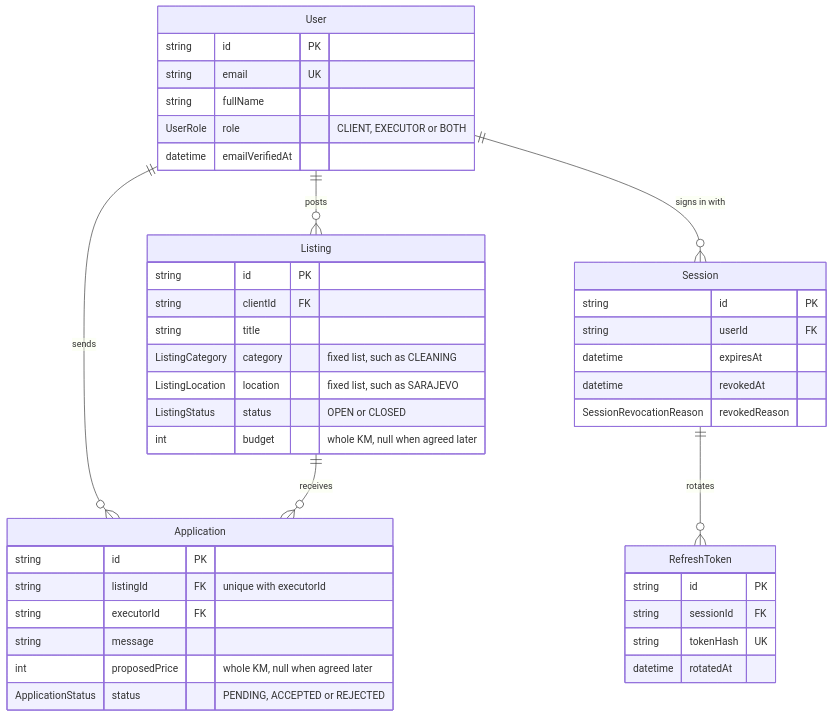
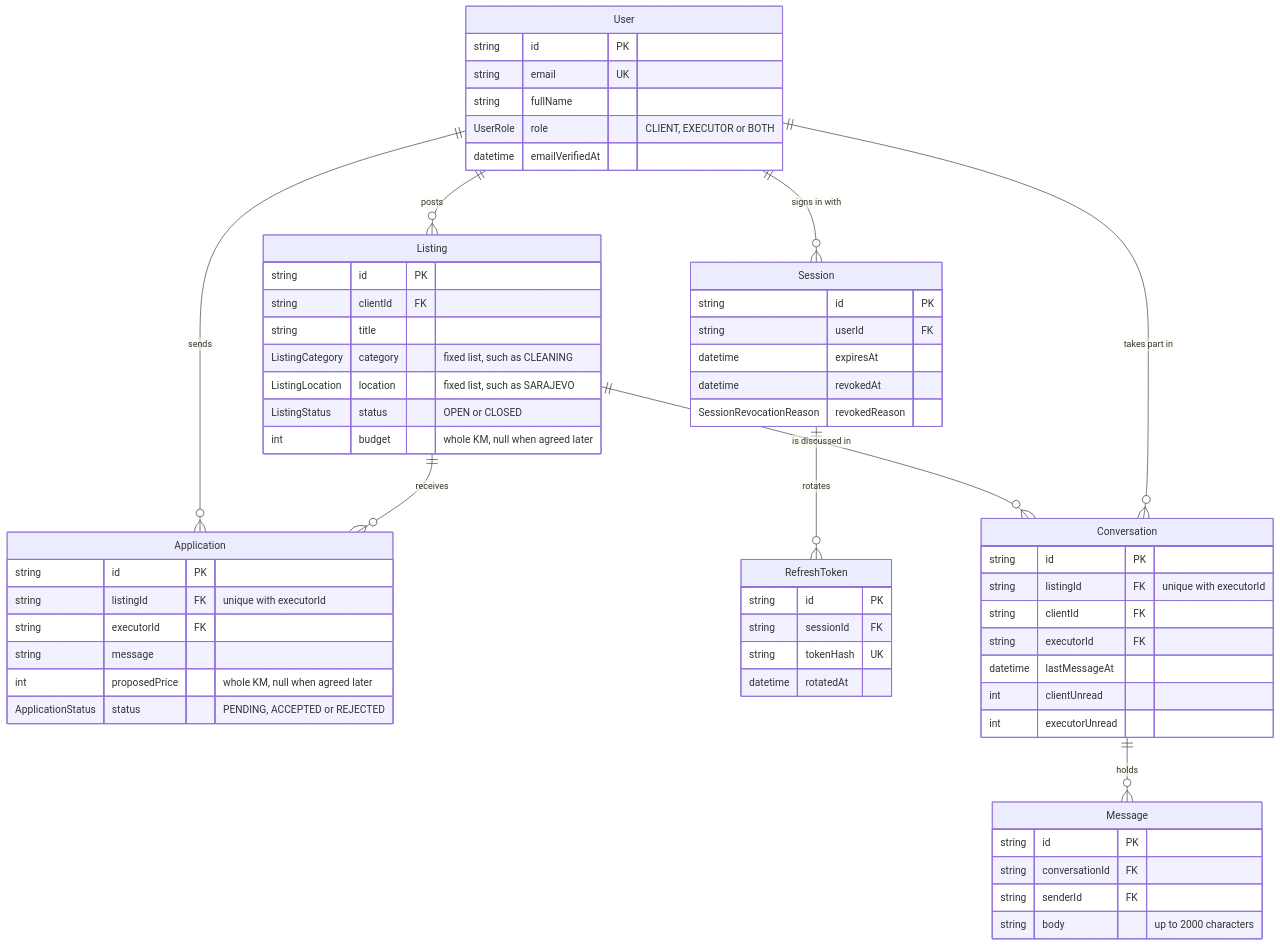
Before and after one commit to Muhamed2805/SaStrane: the third of 3 diagrams in README.md, drawn with Mermaid. The commit also changed other lines of this file and 34 other files, not shown here.

````diff
--- a/README.md
+++ b/README.md
@@ -187,46 +195,64 @@
 ```mermaid
 erDiagram
   User ||--o{ Listing : posts
   User ||--o{ Application : sends
   Listing ||--o{ Application : receives
   User ||--o{ Session : "signs in with"
   Session ||--o{ RefreshToken : rotates
+  Listing ||--o{ Conversation : "is discussed in"
+  User ||--o{ Conversation : "takes part in"
+  Conversation ||--o{ Message : holds
 
   User {
     string id PK
     string email UK
     string fullName
     UserRole role "CLIENT, EXECUTOR or BOTH"
     datetime emailVerifiedAt
   }
   Listing {
     string id PK
     string clientId FK
     string title
     ListingCategory category "fixed list, such as CLEANING"
     ListingLocation location "fixed list, such as SARAJEVO"
     ListingStatus status "OPEN or CLOSED"
     int budget "whole KM, null when agreed later"
   }
   Application {
     string id PK
     string listingId FK "unique with executorId"
     string executorId FK
     string message
     int proposedPrice "whole KM, null when agreed later"
     ApplicationStatus status "PENDING, ACCEPTED or REJECTED"
   }
   Session {
     string id PK
     string userId FK
     datetime expiresAt
     datetime revokedAt
     SessionRevocationReason revokedReason
   }
   RefreshToken {
     string id PK
     string sessionId FK
     string tokenHash UK
     datetime rotatedAt
   }
+  Conversation {
+    string id PK
+    string listingId FK "unique with executorId"
+    string clientId FK
+    string executorId FK
+    datetime lastMessageAt
+    int clientUnread
+    int executorUnread
+  }
+  Message {
+    string id PK
+    string conversationId FK
+    string senderId FK
+    string body "up to 2000 characters"
+  }
 ```
````
